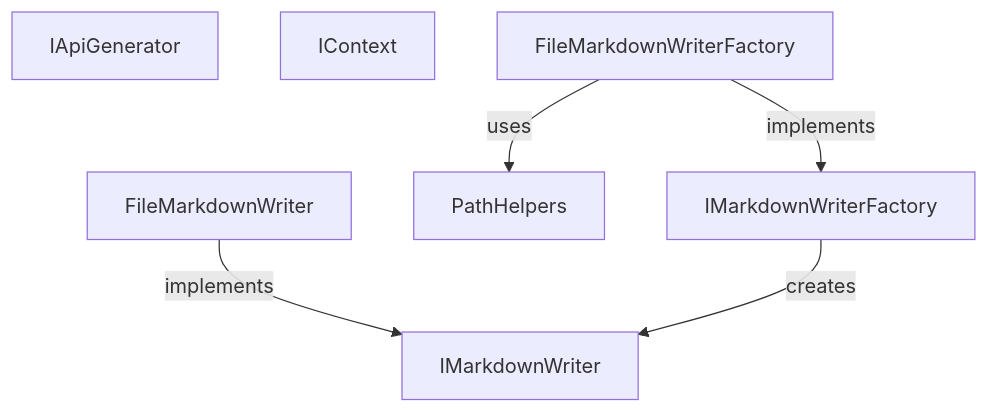
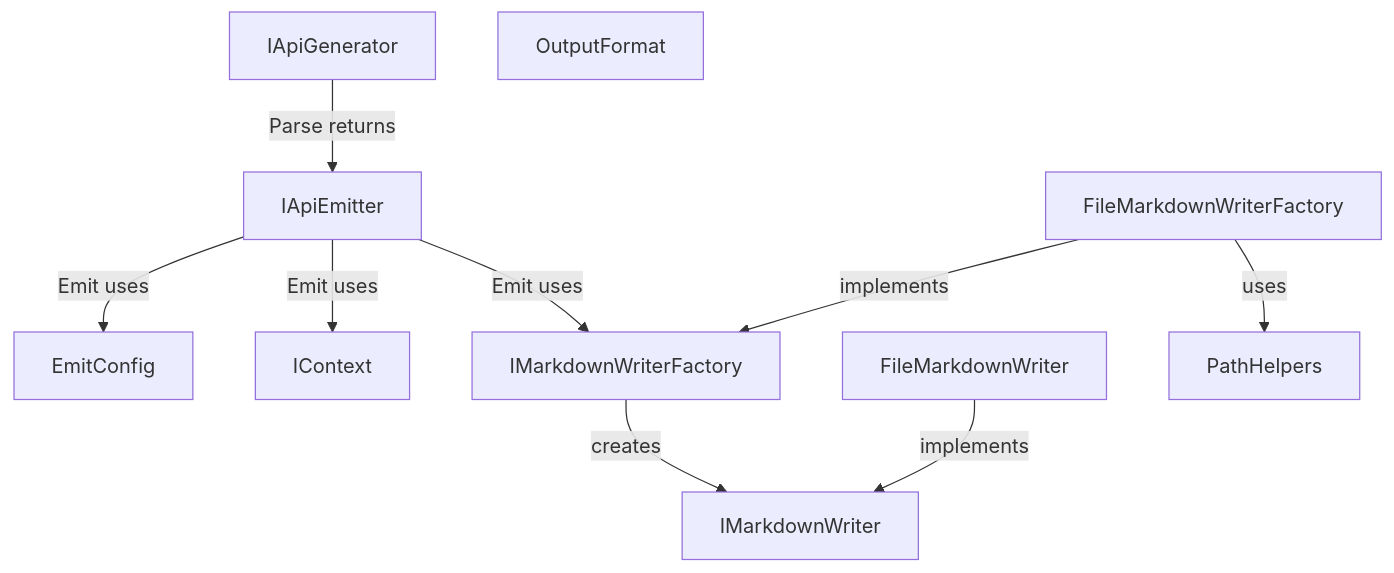
One commit to demaconsulting/ApiMark changed the diagram in docs/design/api-mark-core.md. Above: the diagram before and after it, drawn with Mermaid. The commit also changed other lines of this file and 153 other files, not shown here.

First line of the commit message:
Add configurable output formats, example blocks, and generator refactor (#20)

````diff
--- a/docs/design/api-mark-core.md
+++ b/docs/design/api-mark-core.md
@@ -15,12 +15,16 @@
 ```mermaid
 flowchart TD
-    IApiGenerator
+    IApiGenerator --> |Parse returns| IApiEmitter
+    EmitConfig
+    OutputFormat
     IContext
     IMarkdownWriterFactory
     IMarkdownWriter
-    PathHelpers
     FileMarkdownWriterFactory --> |implements| IMarkdownWriterFactory
     FileMarkdownWriter --> |implements| IMarkdownWriter
     IMarkdownWriterFactory --> |creates| IMarkdownWriter
     FileMarkdownWriterFactory --> |uses| PathHelpers
+    IApiEmitter --> |Emit uses| IMarkdownWriterFactory
+    IApiEmitter --> |Emit uses| EmitConfig
+    IApiEmitter --> |Emit uses| IContext
 ```
````
